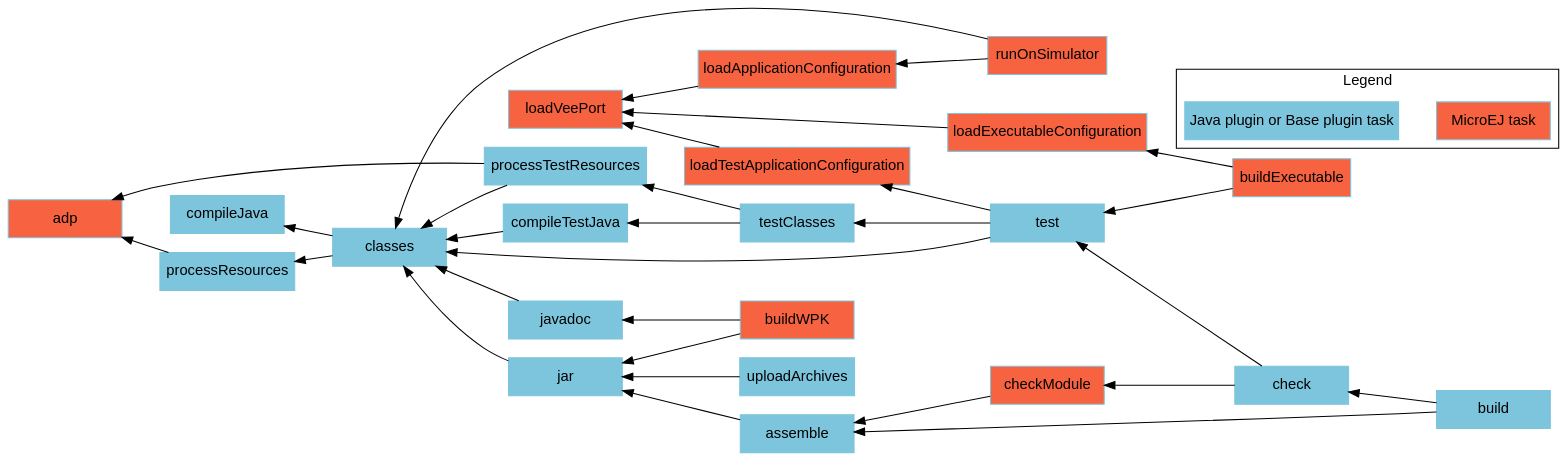
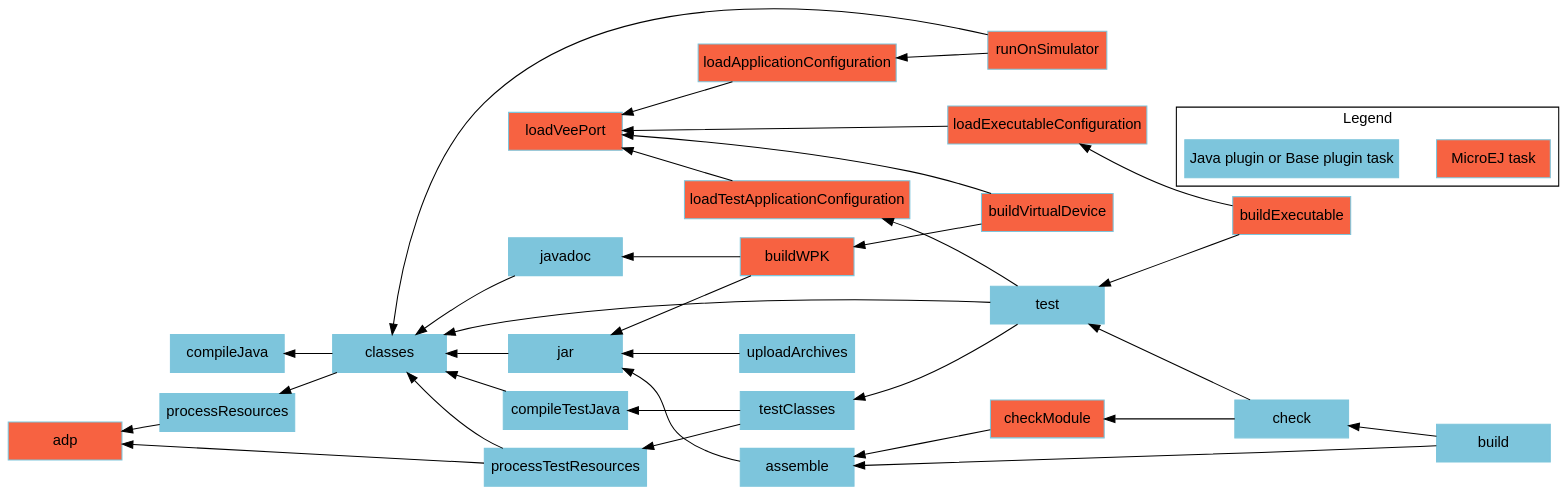
One commit to MicroEJ/docs changed the diagram in SDK6UserGuide/graphApplicationModule.dot. Above: the diagram before and after it, drawn with Graphviz. The commit also changed 9 other files, not shown here.

Commit message:
document the buildVirtualDevice task

```diff
--- a/SDK6UserGuide/graphApplicationModule.dot
+++ b/SDK6UserGuide/graphApplicationModule.dot
@@ -1,59 +1,62 @@
 digraph mygraph {
     rankdir="RL";
     bgcolor="transparent"
     fontname="Helvetica,Arial,sans-serif"
     node [
         shape = box
         width = 1.5
         color = "#7dc5dc"
         style = filled
         fontname="Helvetica,Arial,sans-serif"
     ]
     edge [fontname="Helvetica,Arial,sans-serif"]
     "adp" [fillcolor = "#f76241"]
     "checkModule" [fillcolor = "#f76241"]
     "loadVeePort" [fillcolor = "#f76241"]
     "loadApplicationConfiguration" [fillcolor = "#f76241"]
     "loadExecutableConfiguration" [fillcolor = "#f76241"] 
     "loadTestApplicationConfiguration" [fillcolor = "#f76241"]
     "runOnSimulator" [fillcolor = "#f76241"]
     "buildWPK" [fillcolor = "#f76241"]
     "buildExecutable" [fillcolor = "#f76241"]
+    "buildVirtualDevice" [fillcolor = "#f76241"]
     "build" -> "check"
     "check" -> "test"
     "test" -> "classes"
     "test" -> "testClasses"
     "test" -> "loadTestApplicationConfiguration"
     "testClasses" -> "compileTestJava"
     "testClasses" -> "processTestResources"
     "loadTestApplicationConfiguration" -> "loadVeePort"
     "processResources" -> "adp"
     "processTestResources" -> "adp"
     "processTestResources" -> "classes"
     "compileTestJava" -> "classes"
     "javadoc" -> "classes"
     "classes" -> "compileJava"
     "classes" -> "processResources"
     "build" -> "assemble"
     "assemble" -> "jar"
     "uploadArchives" -> "jar"
     "jar" -> "classes"
     "runOnSimulator" -> "classes"
     "runOnSimulator" -> "loadApplicationConfiguration"
     "loadApplicationConfiguration" -> "loadVeePort"
     "checkModule" -> "assemble"
     "check" -> "checkModule"
     "buildWPK" -> "jar"
     "buildWPK" -> "javadoc"
     "buildExecutable" -> "test"
     "buildExecutable" -> "loadExecutableConfiguration"
     "loadExecutableConfiguration" -> "loadVeePort"
+    "buildVirtualDevice" -> "loadVeePort"
+    "buildVirtualDevice" -> "buildWPK"
 
     subgraph cluster_legend {
         label="Legend";
         microej [fillcolor="#f76241" label="MicroEJ task"];
         java [fillcolor="#7dc5dc" label="Java plugin or Base plugin task"];
         microej -> java [style=invis];
         java -> microej [style=invis];
     }
 }
```
